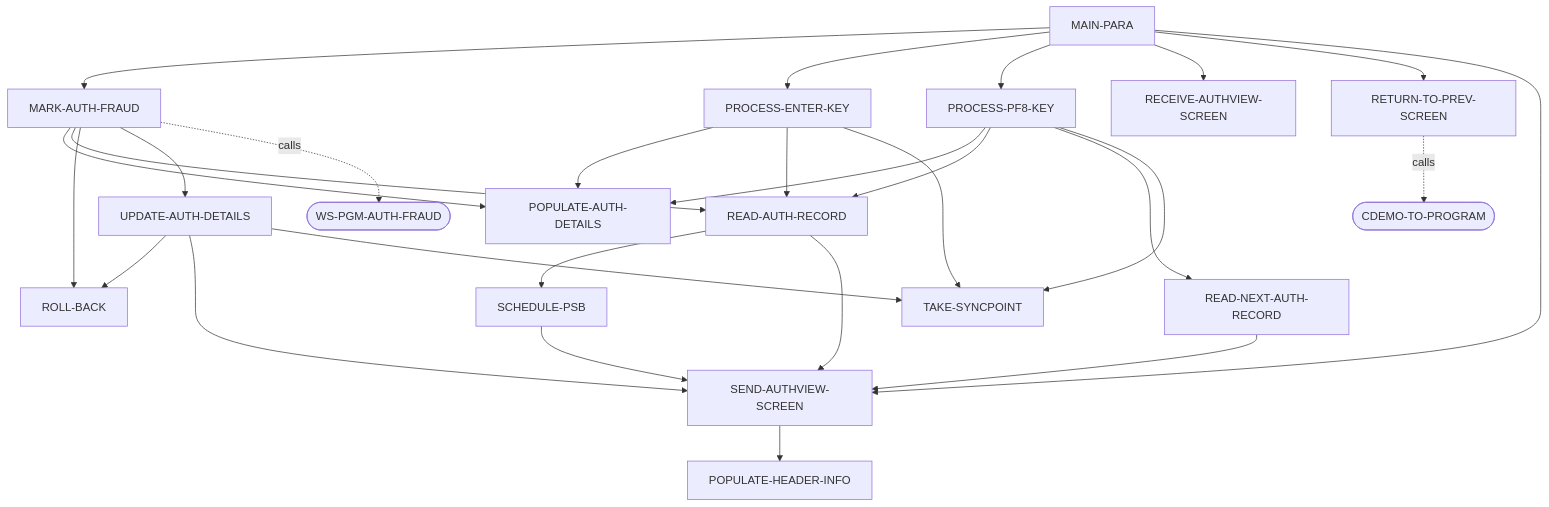
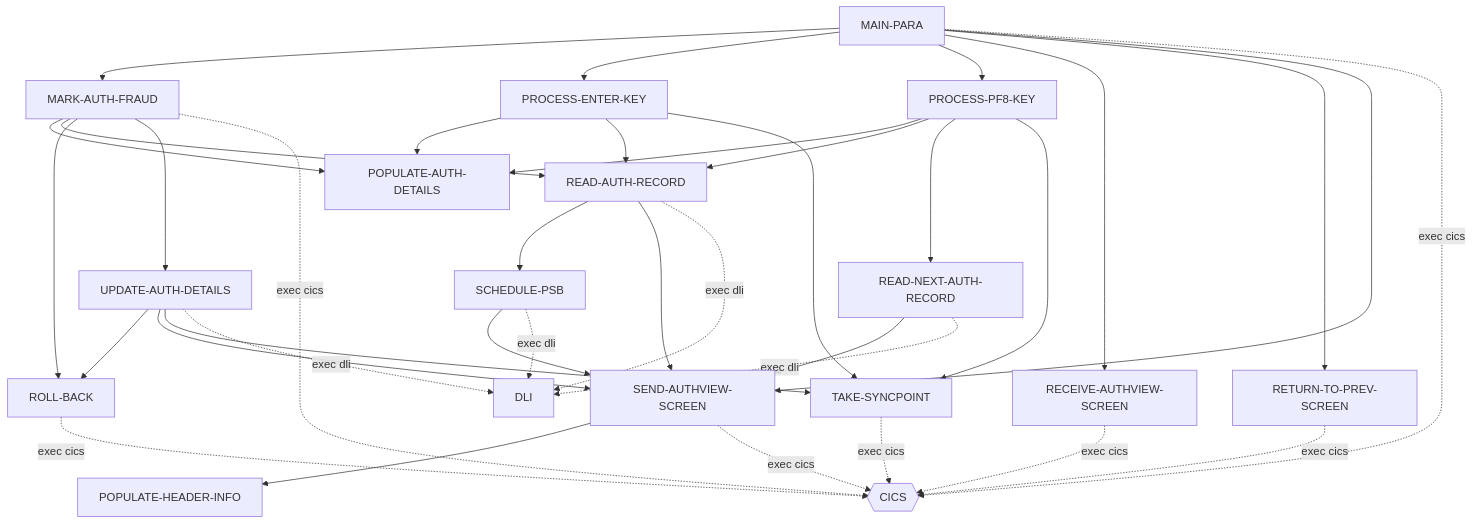
One commit to andrasfe/war_rig changed the diagram in example_output/cbl/COPAUS1C.cbl.md. Above: the diagram before and after it, drawn with Mermaid. The commit also changed other lines of this file and 300 other files, not shown here.

````diff
--- a/example_output/cbl/COPAUS1C.cbl.md
+++ b/example_output/cbl/COPAUS1C.cbl.md
@@ -98,48 +624,57 @@
 ```mermaid
 flowchart TD
     %% Title: COPAUS1C.cbl
     MAIN_PARA["MAIN-PARA"]
     MARK_AUTH_FRAUD["MARK-AUTH-FRAUD"]
     PROCESS_ENTER_KEY["PROCESS-ENTER-KEY"]
     PROCESS_PF8_KEY["PROCESS-PF8-KEY"]
     RECEIVE_AUTHVIEW_SCREEN["RECEIVE-AUTHVIEW-SCREEN"]
     RETURN_TO_PREV_SCREEN["RETURN-TO-PREV-SCREEN"]
     SEND_AUTHVIEW_SCREEN["SEND-AUTHVIEW-SCREEN"]
+    CICS__ext{{"CICS"}}
     POPULATE_AUTH_DETAILS["POPULATE-AUTH-DETAILS"]
     READ_AUTH_RECORD["READ-AUTH-RECORD"]
     ROLL_BACK["ROLL-BACK"]
     UPDATE_AUTH_DETAILS["UPDATE-AUTH-DETAILS"]
-    WS_PGM_AUTH_FRAUD__ext(["WS-PGM-AUTH-FRAUD"])
     POPULATE_HEADER_INFO["POPULATE-HEADER-INFO"]
     TAKE_SYNCPOINT["TAKE-SYNCPOINT"]
     READ_NEXT_AUTH_RECORD["READ-NEXT-AUTH-RECORD"]
     SCHEDULE_PSB["SCHEDULE-PSB"]
-    CDEMO_TO_PROGRAM__ext(["CDEMO-TO-PROGRAM"])
+    DLI__ext["DLI"]
     MAIN_PARA --> MARK_AUTH_FRAUD
     MAIN_PARA --> PROCESS_ENTER_KEY
     MAIN_PARA --> PROCESS_PF8_KEY
     MAIN_PARA --> RECEIVE_AUTHVIEW_SCREEN
     MAIN_PARA --> RETURN_TO_PREV_SCREEN
     MAIN_PARA --> SEND_AUTHVIEW_SCREEN
+    MAIN_PARA -.->|exec cics| CICS__ext
     MARK_AUTH_FRAUD --> POPULATE_AUTH_DETAILS
     MARK_AUTH_FRAUD --> READ_AUTH_RECORD
     MARK_AUTH_FRAUD --> ROLL_BACK
     MARK_AUTH_FRAUD --> UPDATE_AUTH_DETAILS
-    MARK_AUTH_FRAUD -.->|calls| WS_PGM_AUTH_FRAUD__ext
+    MARK_AUTH_FRAUD -.->|exec cics| CICS__ext
     PROCESS_ENTER_KEY --> POPULATE_AUTH_DETAILS
     PROCESS_ENTER_KEY --> READ_AUTH_RECORD
     PROCESS_ENTER_KEY --> TAKE_SYNCPOINT
     PROCESS_PF8_KEY --> POPULATE_AUTH_DETAILS
     PROCESS_PF8_KEY --> READ_AUTH_RECORD
     PROCESS_PF8_KEY --> READ_NEXT_AUTH_RECORD
     PROCESS_PF8_KEY --> TAKE_SYNCPOINT
     READ_AUTH_RECORD --> SCHEDULE_PSB
     READ_AUTH_RECORD --> SEND_AUTHVIEW_SCREEN
+    READ_AUTH_RECORD -.->|exec dli| DLI__ext
     READ_NEXT_AUTH_RECORD --> SEND_AUTHVIEW_SCREEN
-    RETURN_TO_PREV_SCREEN -.->|calls| CDEMO_TO_PROGRAM__ext
+    READ_NEXT_AUTH_RECORD -.->|exec dli| DLI__ext
+    RECEIVE_AUTHVIEW_SCREEN -.->|exec cics| CICS__ext
+    RETURN_TO_PREV_SCREEN -.->|exec cics| CICS__ext
+    ROLL_BACK -.->|exec cics| CICS__ext
     SCHEDULE_PSB --> SEND_AUTHVIEW_SCREEN
+    SCHEDULE_PSB -.->|exec dli| DLI__ext
     SEND_AUTHVIEW_SCREEN --> POPULATE_HEADER_INFO
+    SEND_AUTHVIEW_SCREEN -.->|exec cics| CICS__ext
+    TAKE_SYNCPOINT -.->|exec cics| CICS__ext
     UPDATE_AUTH_DETAILS --> ROLL_BACK
     UPDATE_AUTH_DETAILS --> SEND_AUTHVIEW_SCREEN
     UPDATE_AUTH_DETAILS --> TAKE_SYNCPOINT
+    UPDATE_AUTH_DETAILS -.->|exec dli| DLI__ext
 ```
````
